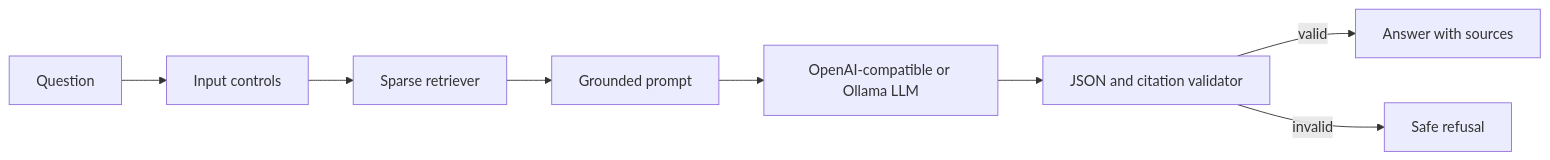
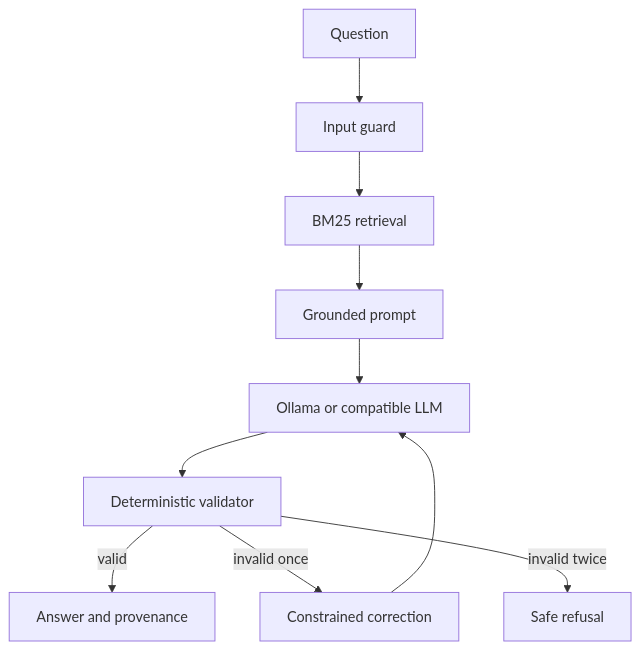
One commit to noumansameer789/uk-retrofit-rag-assistant changed the diagram in README.md. Above: the diagram before and after it, drawn with Mermaid. The commit also changed other lines of this file and 34 other files, not shown here.

````diff
--- a/README.md
+++ b/README.md
@@ -22,10 +29,12 @@
 ```mermaid
-flowchart LR
-    Q[Question] --> S[Input controls]
-    S --> R[Sparse retriever]
+flowchart TD
+    Q[Question] --> G[Input guard]
+    G --> R[BM25 retrieval]
     R --> P[Grounded prompt]
-    P --> L[OpenAI-compatible or Ollama LLM]
-    L --> V[JSON and citation validator]
-    V -->|valid| A[Answer with sources]
-    V -->|invalid| X[Safe refusal]
+    P --> L[Ollama or compatible LLM]
+    L --> V[Deterministic validator]
+    V -->|valid| A[Answer and provenance]
+    V -->|invalid once| C[Constrained correction]
+    C --> L
+    V -->|invalid twice| X[Safe refusal]
 ```
````
